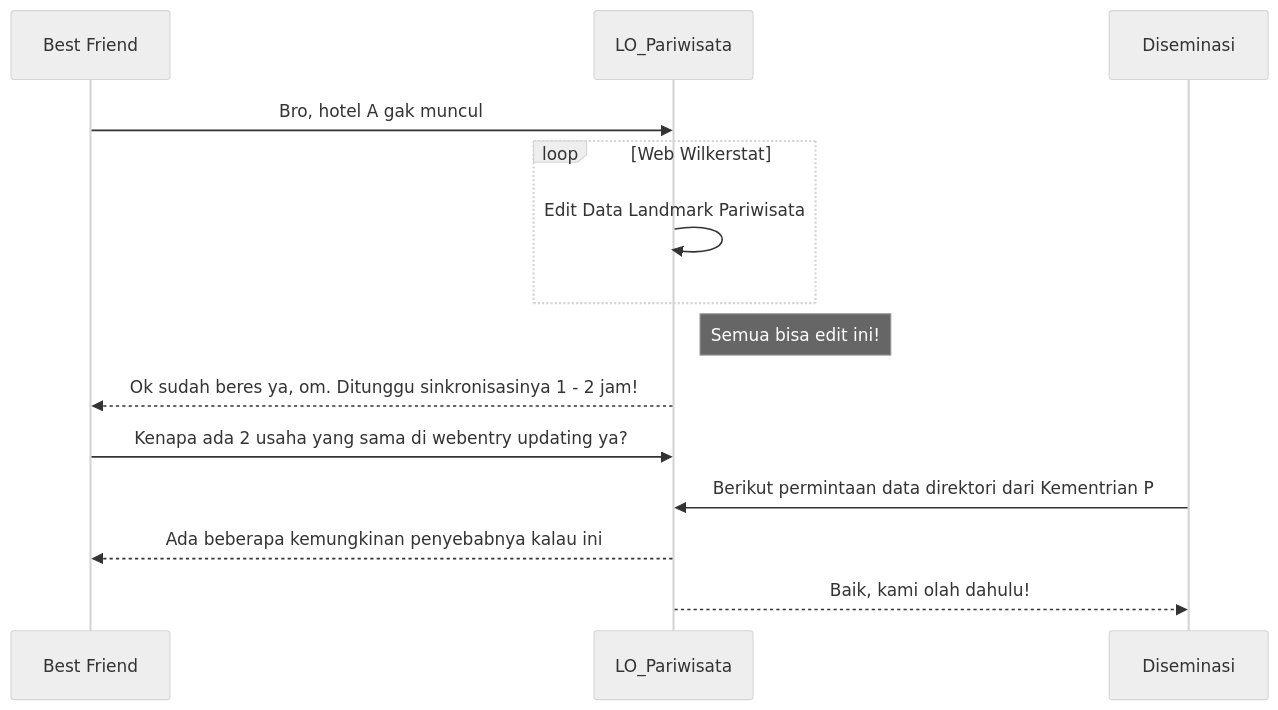
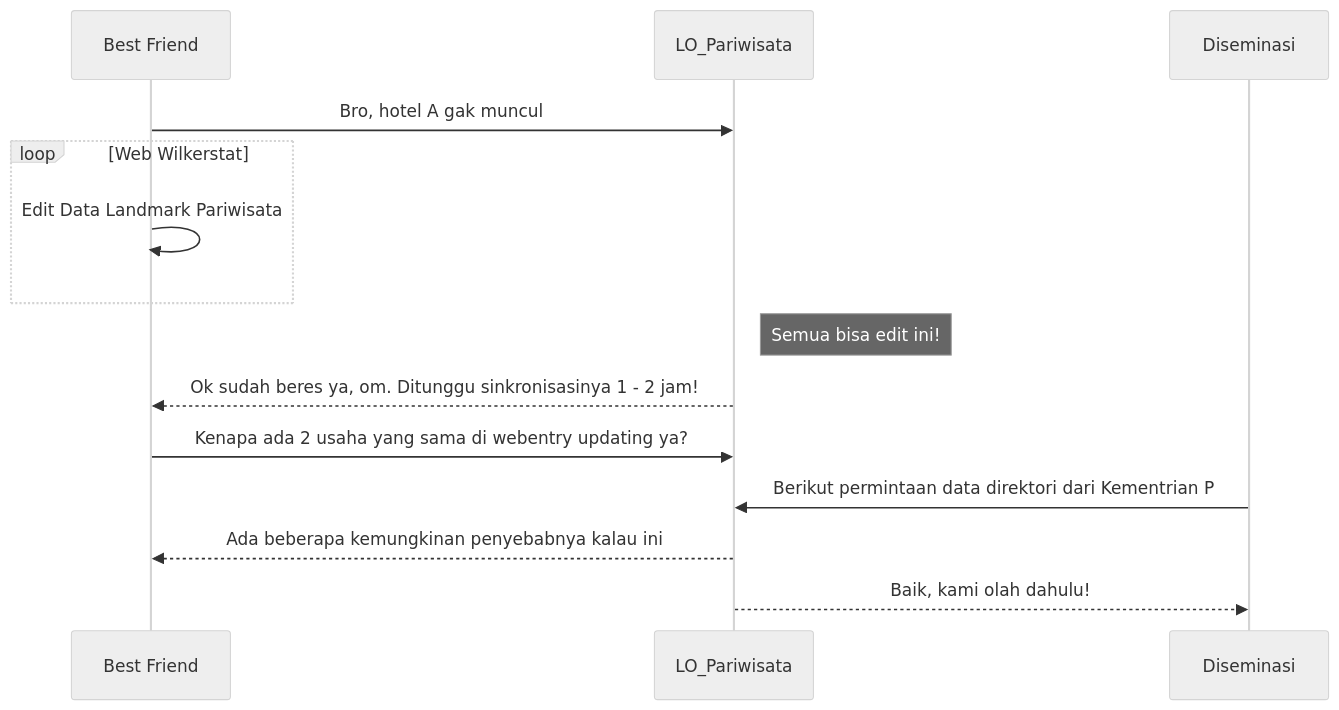
One commit to iwanff1/laughing-nemesis changed the diagram in diagram.md. Above: the diagram before and after it, drawn with Mermaid (neutral theme).

````diff
--- a/diagram.md
+++ b/diagram.md
@@ -1,13 +1,13 @@
 ```mermaid
   sequenceDiagram;
   Best Friend->>LO_Pariwisata: Bro, hotel A gak muncul;
   loop Web Wilkerstat;
-      LO_Pariwisata->>LO_Pariwisata: Edit Data Landmark Pariwisata;
+      Best Friend->>Best Friend: Edit Data Landmark Pariwisata;
   end;
   Note right of LO_Pariwisata: Semua bisa edit ini!;
   LO_Pariwisata-->>Best Friend: Ok sudah beres ya, om. Ditunggu sinkronisasinya 1 - 2 jam!;
   Best Friend->>LO_Pariwisata: Kenapa ada 2 usaha yang sama di webentry updating ya?;
   Diseminasi->>LO_Pariwisata: Berikut permintaan data direktori dari Kementrian P;
   LO_Pariwisata-->>Best Friend: Ada beberapa kemungkinan penyebabnya kalau ini;
   LO_Pariwisata-->>Diseminasi: Baik, kami olah dahulu!;
 ```
````
